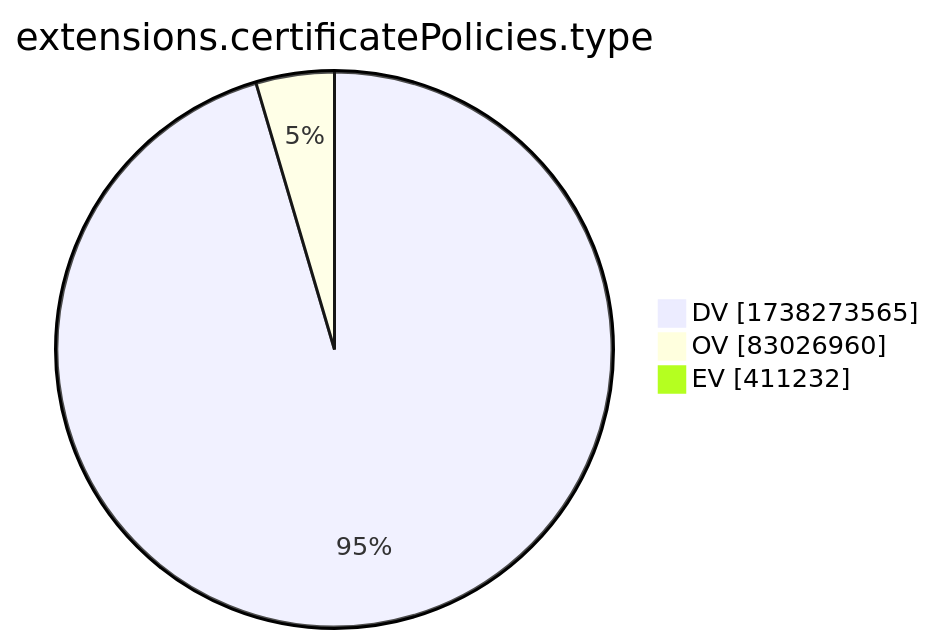
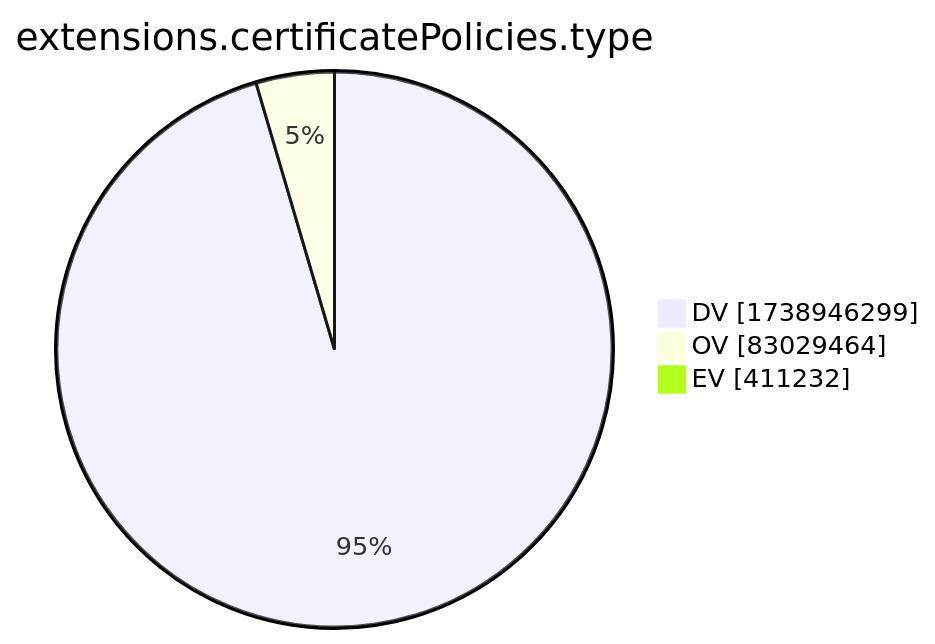
One commit to christiankrug/ctmonitor_visualization changed the tenth of 15 diagrams in xenon2022/README.md. Above: the diagram before and after it, drawn with Mermaid. The commit also changed other lines of this file, not shown here.

````diff
--- a/xenon2022/README.md
+++ b/xenon2022/README.md
@@ -2881,7 +2881,7 @@
 ```mermaid
 pie showData
 title extensions.certificatePolicies.type
-"DV" :1738273565
-"OV" :83026960
+"DV" :1738946299
+"OV" :83029464
 "EV" :411232
 ```
````
